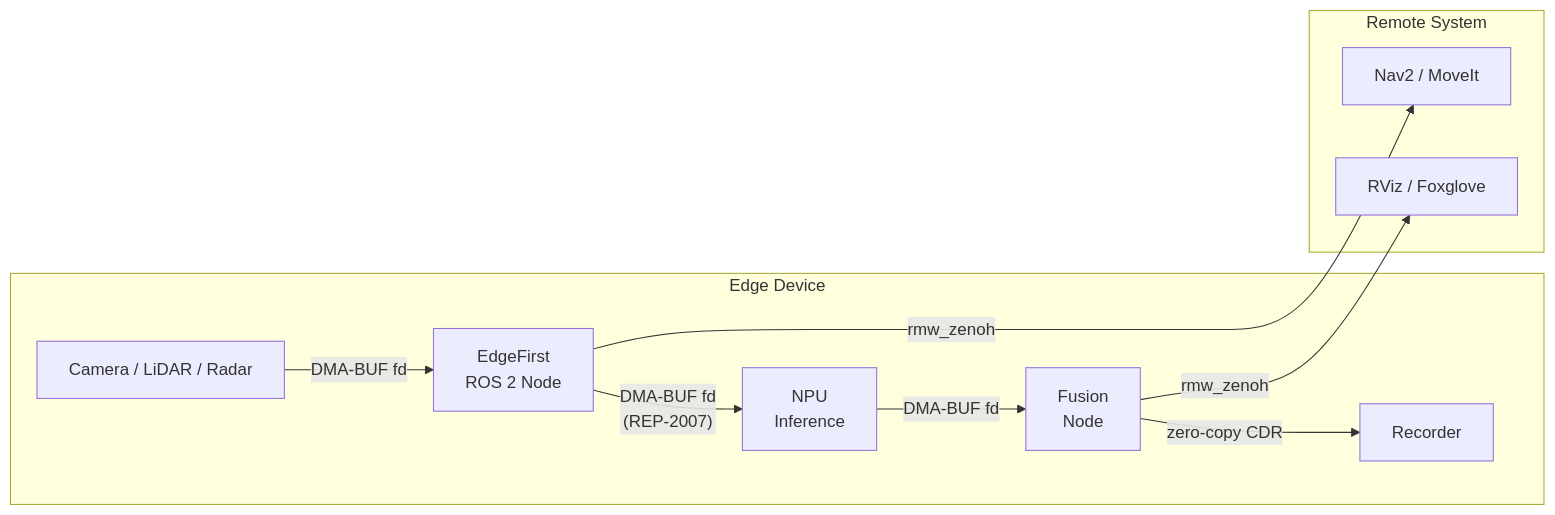
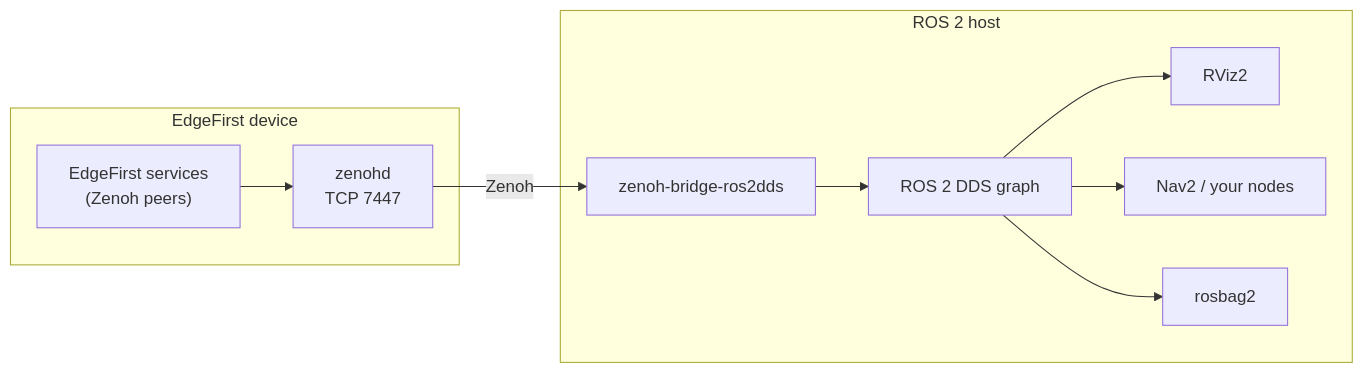
The diagram in profile/ros2.md (EdgeFirstAI/.github), drawn with Mermaid before and after one commit. The commit also changed other lines of this file and 10 other files, not shown here.

````diff
--- a/profile/ros2.md
+++ b/profile/ros2.md
@@ -52,15 +22,13 @@
 ```mermaid
-graph LR
-    subgraph device["Edge Device"]
-        sensor["Camera / LiDAR / Radar"] -- "DMA-BUF fd" --> node["EdgeFirst<br/>ROS 2 Node"]
-        node -- "DMA-BUF fd<br/>(REP-2007)" --> inference["NPU<br/>Inference"]
-        inference -- "DMA-BUF fd" --> fusion["Fusion<br/>Node"]
-        fusion -- "zero-copy CDR" --> recorder["Recorder"]
+flowchart LR
+    subgraph device["EdgeFirst device"]
+        svc["EdgeFirst services<br/>(Zenoh peers)"] --> zenohd["zenohd<br/>TCP 7447"]
     end
-    subgraph remote["Remote System"]
-        nav["Nav2 / MoveIt"]
-        viz["RViz / Foxglove"]
+    subgraph host["ROS 2 host"]
+        bridge["zenoh-bridge-ros2dds"] --> dds["ROS 2 DDS graph"]
+        dds --> rviz["RViz2"]
+        dds --> nav["Nav2 / your nodes"]
+        dds --> bag["rosbag2"]
     end
-    node -- "rmw_zenoh" --> nav
-    fusion -- "rmw_zenoh" --> viz
+    zenohd -- "Zenoh" --> bridge
 ```
````
